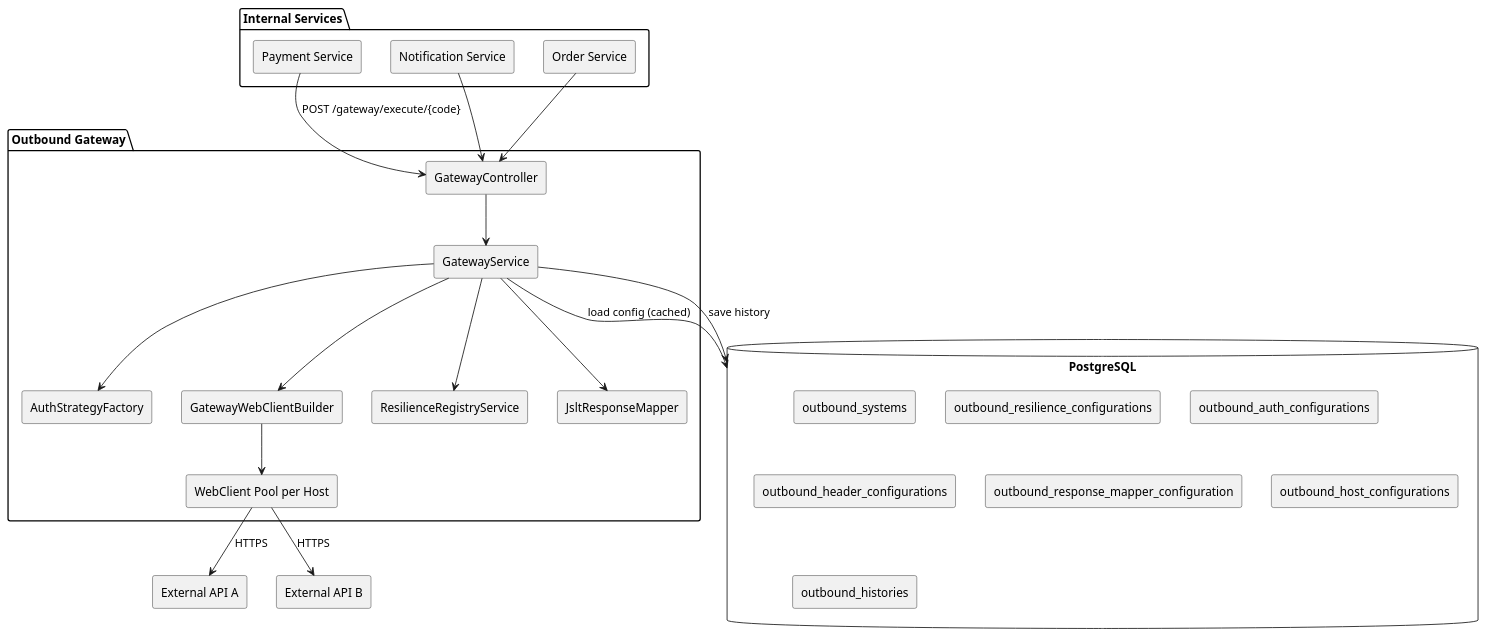
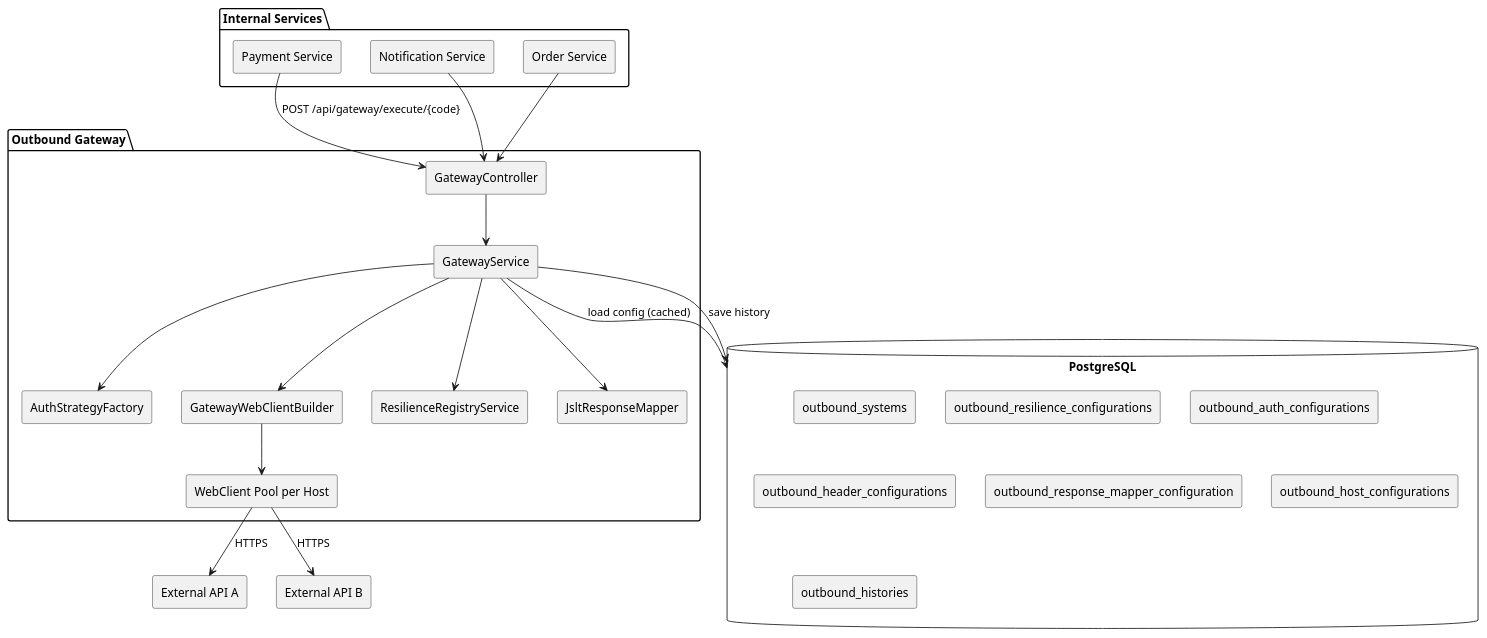
The first of 3 diagrams in README.md (nantaaditya/outbound-gateway), drawn with PlantUML before and after one commit. The commit also changed other lines of this file and 5 other files, not shown here.

First line of the commit message:
test: add Phase 13e — extend GatewayHistoryControllerIntegrationTest

````diff
--- a/README.md
+++ b/README.md
@@ -27,40 +27,40 @@
 ```plantuml
 @startuml
 skinparam componentStyle rectangle
 
 package "Internal Services" {
   [Payment Service]
   [Notification Service]
   [Order Service]
 }
 
 package "Outbound Gateway" {
   [GatewayController] --> [GatewayService]
   [GatewayService] --> [AuthStrategyFactory]
   [GatewayService] --> [GatewayWebClientBuilder]
   [GatewayService] --> [ResilienceRegistryService]
   [GatewayService] --> [JsltResponseMapper]
   [GatewayWebClientBuilder] --> [WebClient Pool per Host]
 }
 
 database "PostgreSQL" {
   [outbound_systems]
   [outbound_resilience_configurations]
   [outbound_auth_configurations]
   [outbound_header_configurations]
   [outbound_response_mapper_configuration]
   [outbound_host_configurations]
   [outbound_histories]
 }
 
-[Payment Service] --> [GatewayController] : POST /gateway/execute/{code}
+[Payment Service] --> [GatewayController] : POST /api/gateway/execute/{code}
 [Notification Service] --> [GatewayController]
 [Order Service] --> [GatewayController]
 
 [GatewayService] --> [PostgreSQL] : load config (cached)
 [GatewayService] --> [PostgreSQL] : save history
 
 [WebClient Pool per Host] --> [External API A] : HTTPS
 [WebClient Pool per Host] --> [External API B] : HTTPS
 @enduml
 ```
````
